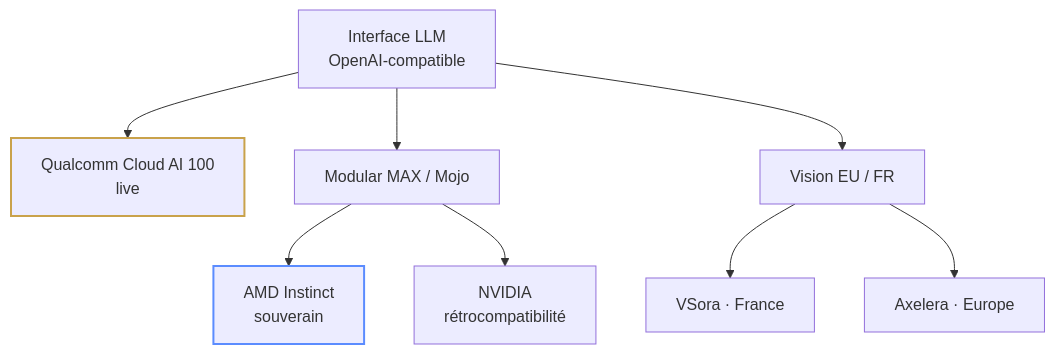
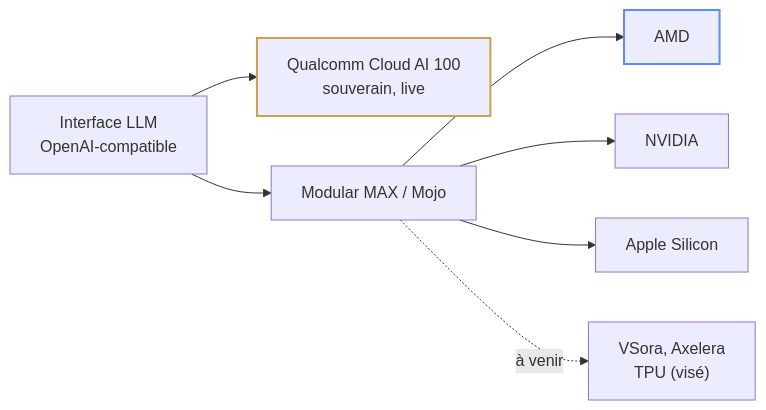
One commit to wilfred-dore/hackathon-assemblee-2026 changed the second of 2 diagrams in presentation/slides.md. Above: the diagram before and after it, drawn with Mermaid. The commit also changed other lines of this file and 10 other files, not shown here.

````diff
--- a/presentation/slides.md
+++ b/presentation/slides.md
@@ -268,12 +268,11 @@
-```mermaid {scale: 0.75}
-flowchart TD
-    L["Interface LLM<br>OpenAI-compatible"] --> Q["Qualcomm Cloud AI 100<br>live"]
+```mermaid {scale: 0.62}
+flowchart LR
+    L["Interface LLM<br>OpenAI-compatible"] --> Q["Qualcomm Cloud AI 100<br>souverain, live"]
     L --> M["Modular MAX / Mojo"]
-    M --> AMD["AMD Instinct<br>souverain"]
-    M --> NV["NVIDIA<br>rétrocompatibilité"]
-    L --> EU["Vision EU / FR"]
-    EU --> VS["VSora · France"]
-    EU --> AX["Axelera · Europe"]
+    M --> AMD["AMD"]
+    M --> NV["NVIDIA"]
+    M --> APL["Apple Silicon"]
+    M -. à venir .-> FUT["VSora, Axelera<br>TPU (visé)"]
     style Q stroke:#c9a24b,stroke-width:2px
     style AMD stroke:#5b8cff,stroke-width:2px
 ```
````
